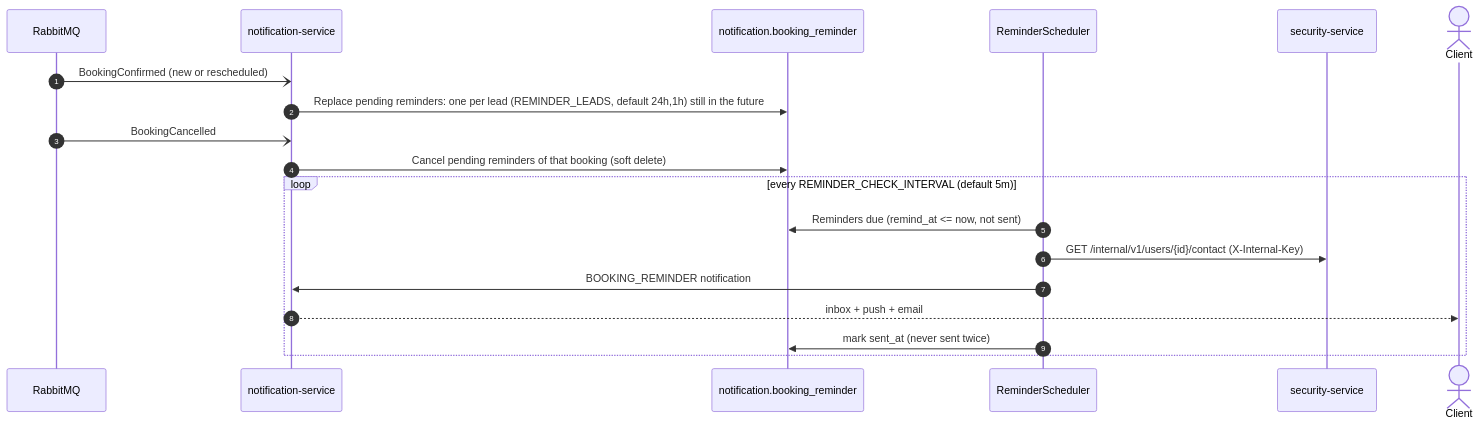
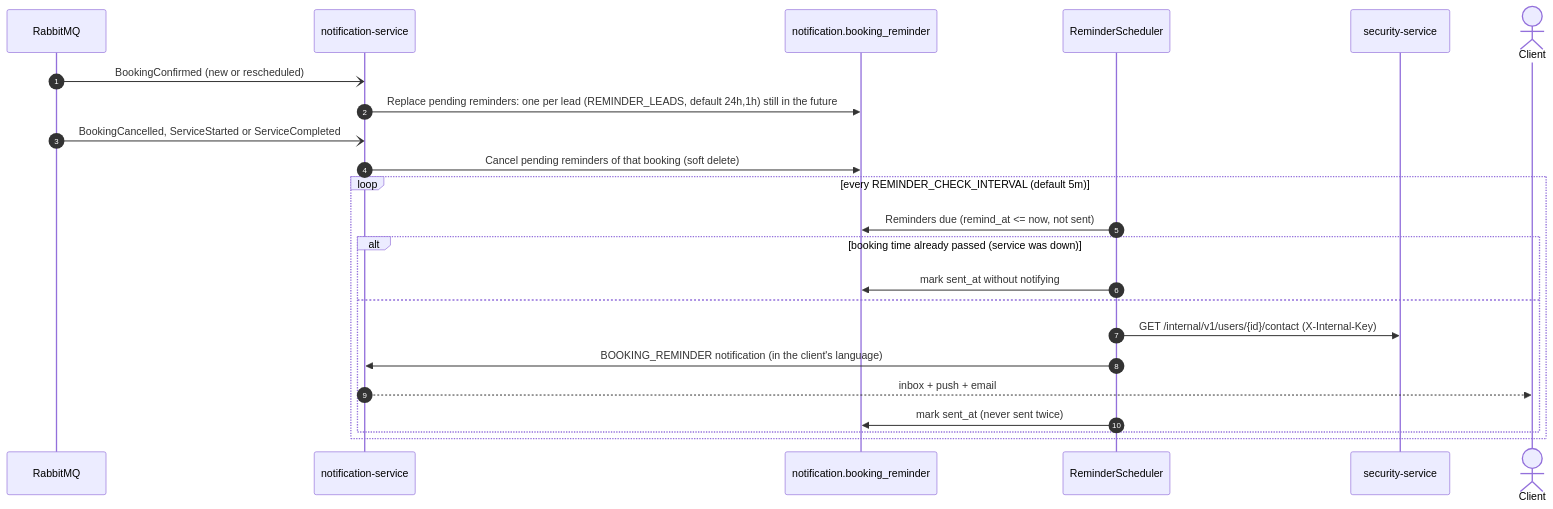
The diagram in 08-uml/diagrams/source/seq-reminder.md (code-sena/vehicle-w-docs), drawn with Mermaid before and after one commit. The commit also changed other lines of this file and 3 other files, not shown here.

Commit message:
docs(uml): update the booking, sign-up, reminder and assignment sequences

````diff
--- a/08-uml/diagrams/source/seq-reminder.md
+++ b/08-uml/diagrams/source/seq-reminder.md
@@ -3,22 +6,26 @@
 ```mermaid
 sequenceDiagram
     autonumber
     participant MQ as RabbitMQ
     participant N as notification-service
     participant DB as notification.booking_reminder
     participant J as ReminderScheduler
     participant S as security-service
     actor C as Client
 
     MQ-)N: BookingConfirmed (new or rescheduled)
     N->>DB: Replace pending reminders: one per lead (REMINDER_LEADS, default 24h,1h) still in the future
-    MQ-)N: BookingCancelled
+    MQ-)N: BookingCancelled, ServiceStarted or ServiceCompleted
     N->>DB: Cancel pending reminders of that booking (soft delete)
     loop every REMINDER_CHECK_INTERVAL (default 5m)
         J->>DB: Reminders due (remind_at <= now, not sent)
-        J->>S: GET /internal/v1/users/{id}/contact (X-Internal-Key)
-        J->>N: BOOKING_REMINDER notification
-        N-->>C: inbox + push + email
-        J->>DB: mark sent_at (never sent twice)
+        alt booking time already passed (service was down)
+            J->>DB: mark sent_at without notifying
+        else
+            J->>S: GET /internal/v1/users/{id}/contact (X-Internal-Key)
+            J->>N: BOOKING_REMINDER notification (in the client's language)
+            N-->>C: inbox + push + email
+            J->>DB: mark sent_at (never sent twice)
+        end
     end
 ```
````
